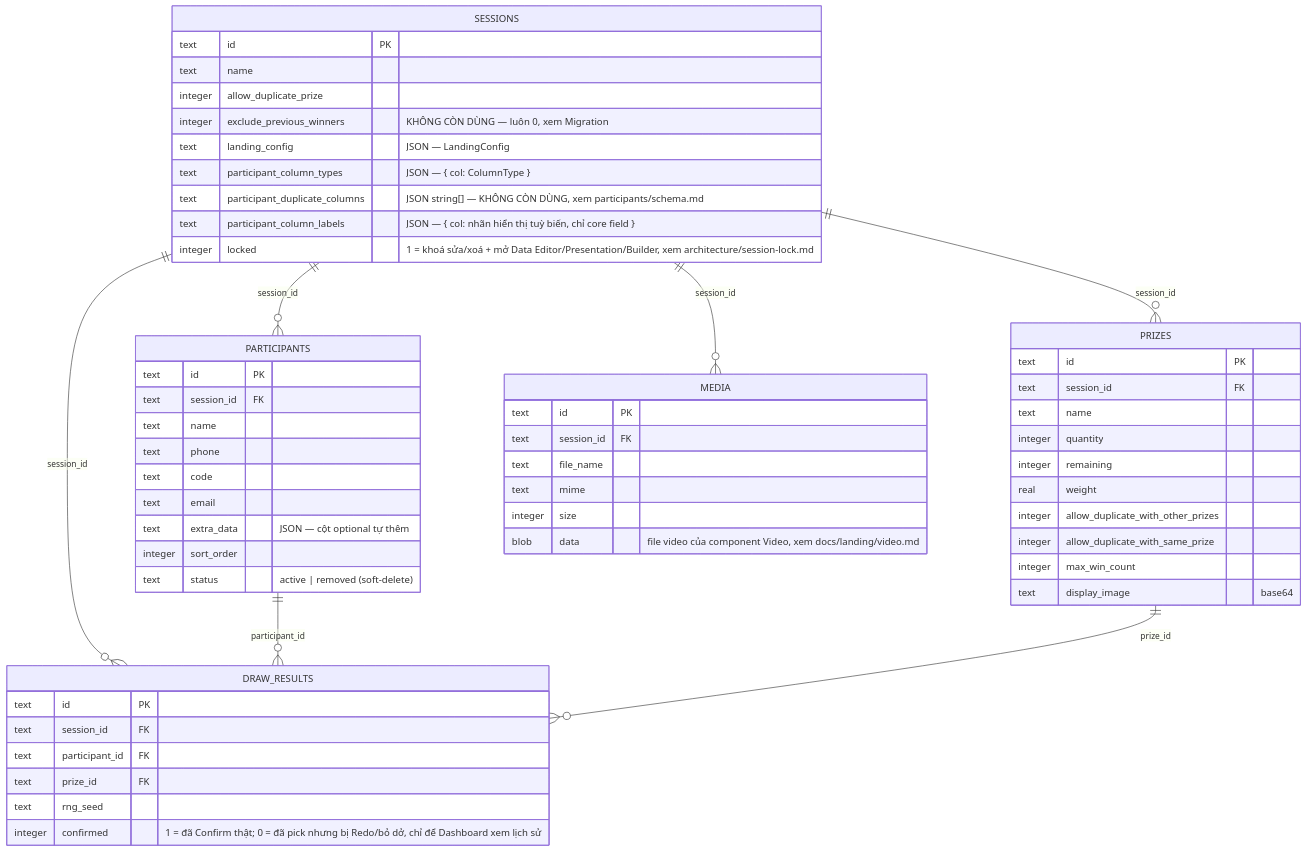
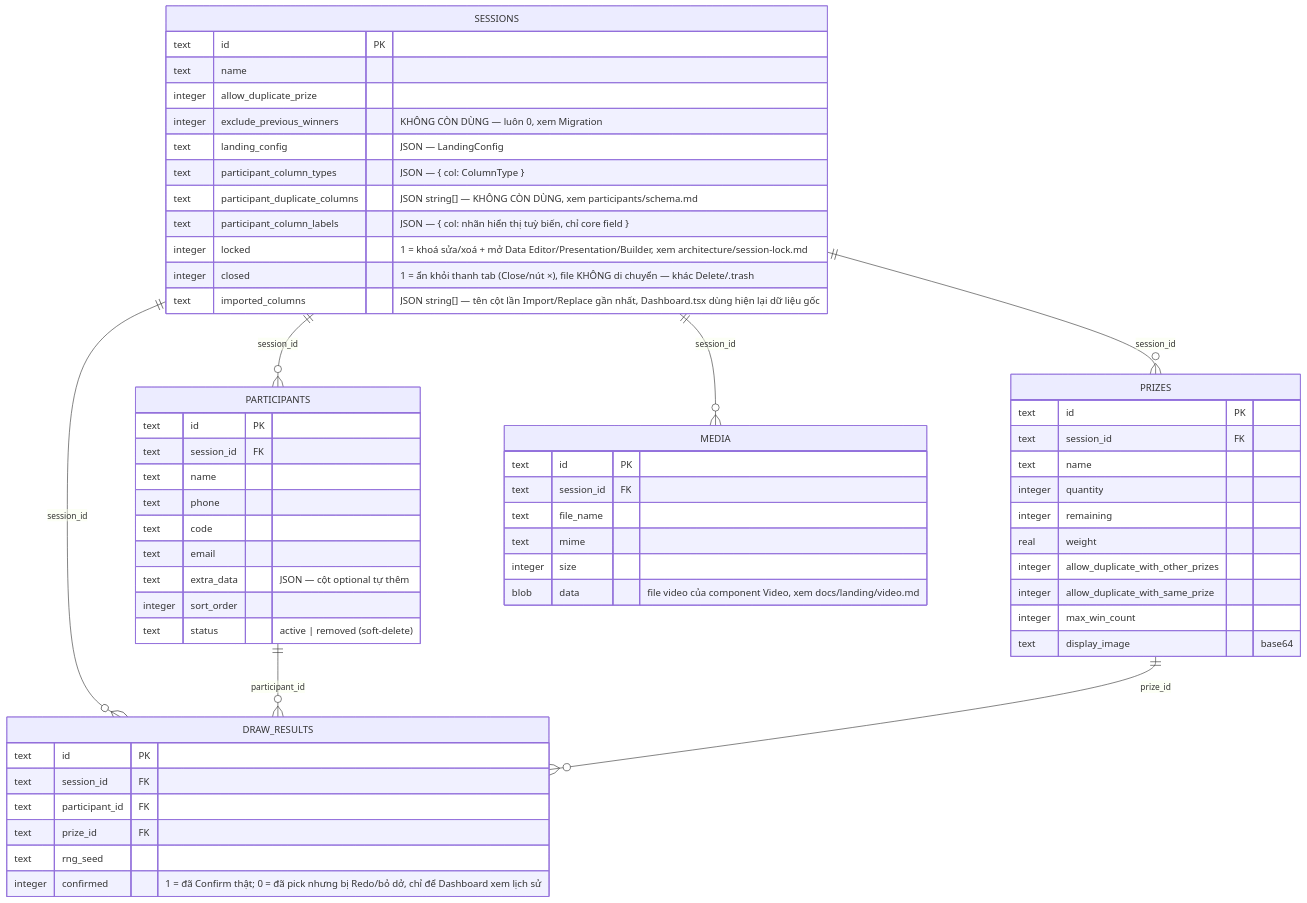
The diagram in docs/architecture/database-schema.md (nhatquang-nguyen-129/display_lucky_draw), drawn with Mermaid before and after one commit. The commit also changed 6 other files, not shown here.

First line of the commit message:
Dashboard: show original imported columns instead of a single resolved name

````diff
--- a/docs/architecture/database-schema.md
+++ b/docs/architecture/database-schema.md
@@ -81,60 +81,62 @@
 ```mermaid
 erDiagram
   SESSIONS ||--o{ PARTICIPANTS : session_id
   SESSIONS ||--o{ PRIZES : session_id
   SESSIONS ||--o{ DRAW_RESULTS : session_id
   SESSIONS ||--o{ MEDIA : session_id
   PARTICIPANTS ||--o{ DRAW_RESULTS : participant_id
   PRIZES ||--o{ DRAW_RESULTS : prize_id
 
   SESSIONS {
     text id PK
     text name
     integer allow_duplicate_prize
     integer exclude_previous_winners "KHÔNG CÒN DÙNG — luôn 0, xem Migration"
     text landing_config "JSON — LandingConfig"
     text participant_column_types "JSON — { col: ColumnType }"
     text participant_duplicate_columns "JSON string[] — KHÔNG CÒN DÙNG, xem participants/schema.md"
     text participant_column_labels "JSON — { col: nhãn hiển thị tuỳ biến, chỉ core field }"
     integer locked "1 = khoá sửa/xoá + mở Data Editor/Presentation/Builder, xem architecture/session-lock.md"
+    integer closed "1 = ẩn khỏi thanh tab (Close/nút ×), file KHÔNG di chuyển — khác Delete/.trash"
+    text imported_columns "JSON string[] — tên cột lần Import/Replace gần nhất, Dashboard.tsx dùng hiện lại dữ liệu gốc"
   }
   PARTICIPANTS {
     text id PK
     text session_id FK
     text name
     text phone
     text code
     text email
     text extra_data "JSON — cột optional tự thêm"
     integer sort_order
     text status "active | removed (soft-delete)"
   }
   PRIZES {
     text id PK
     text session_id FK
     text name
     integer quantity
     integer remaining
     real weight
     integer allow_duplicate_with_other_prizes
     integer allow_duplicate_with_same_prize
     integer max_win_count
     text display_image "base64"
   }
   DRAW_RESULTS {
     text id PK
     text session_id FK
     text participant_id FK
     text prize_id FK
     text rng_seed
     integer confirmed "1 = đã Confirm thật; 0 = đã pick nhưng bị Redo/bỏ dở, chỉ để Dashboard xem lịch sử"
   }
   MEDIA {
     text id PK
     text session_id FK
     text file_name
     text mime
     integer size
     blob data "file video của component Video, xem docs/landing/video.md"
   }
 ```
````
